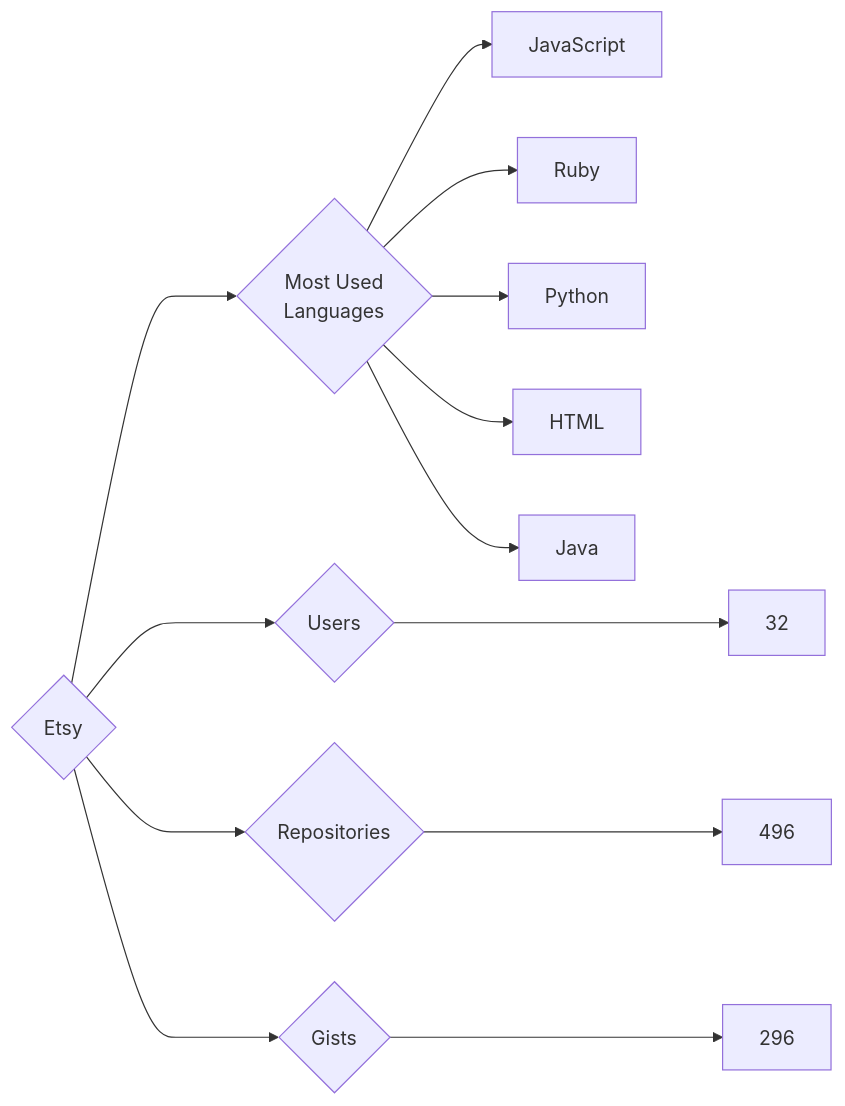
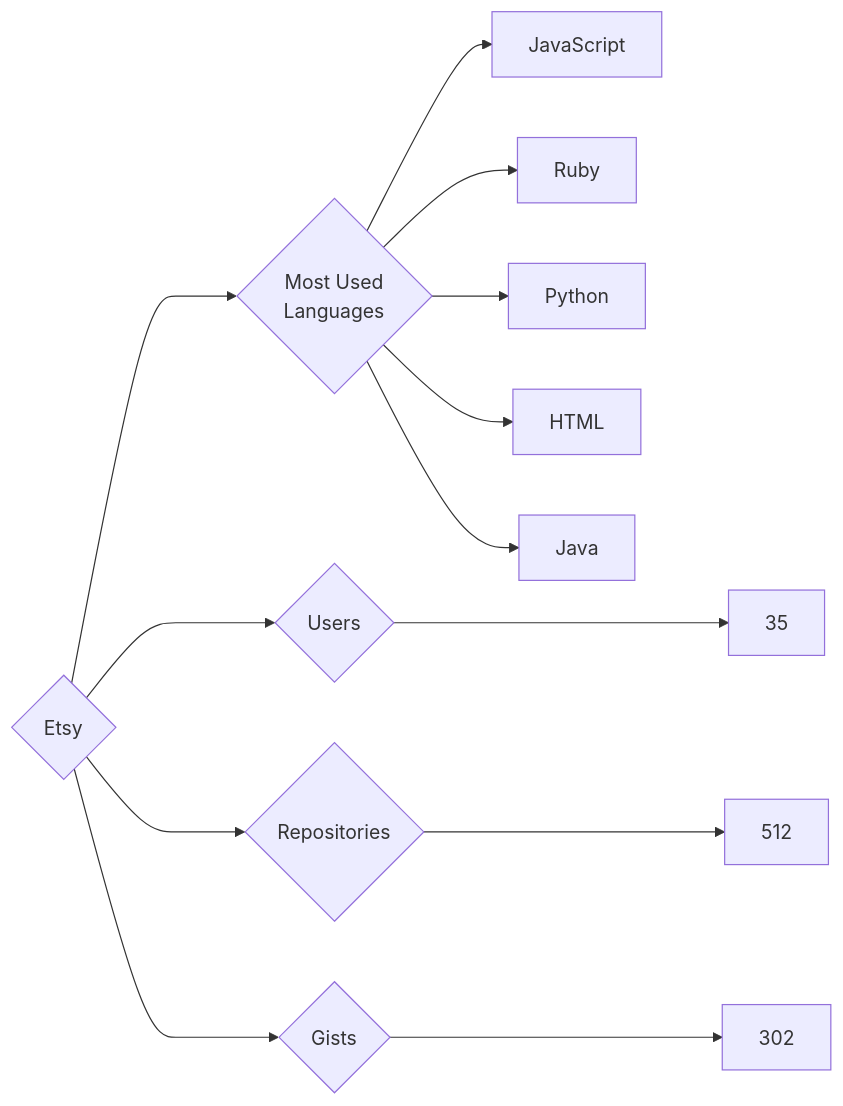
Before and after one commit to trickest/insiders: the diagram in targets/Etsy/README.md, drawn with Mermaid. The commit also changed 745 other files, not shown here.

````diff
--- a/targets/Etsy/README.md
+++ b/targets/Etsy/README.md
@@ -3,13 +3,13 @@
 ```mermaid
 graph LR
 COMPANY_NAME{Etsy}
-COMPANY_NAME ---> U{Users} ---> UN[32]
-COMPANY_NAME ---> R{Repositories} ---> RN[496]
-COMPANY_NAME ---> G{Gists} ---> GN[296]
+COMPANY_NAME ---> U{Users} ---> UN[35]
+COMPANY_NAME ---> R{Repositories} ---> RN[512]
+COMPANY_NAME ---> G{Gists} ---> GN[302]
 COMPANY_NAME ---> ML{Most Used<br>Languages}
 ML --> JavaScript[JavaScript]
 ML --> Ruby[Ruby]
 ML --> Python[Python]
 ML --> HTML[HTML]
 ML --> Java[Java]
 ```
````
